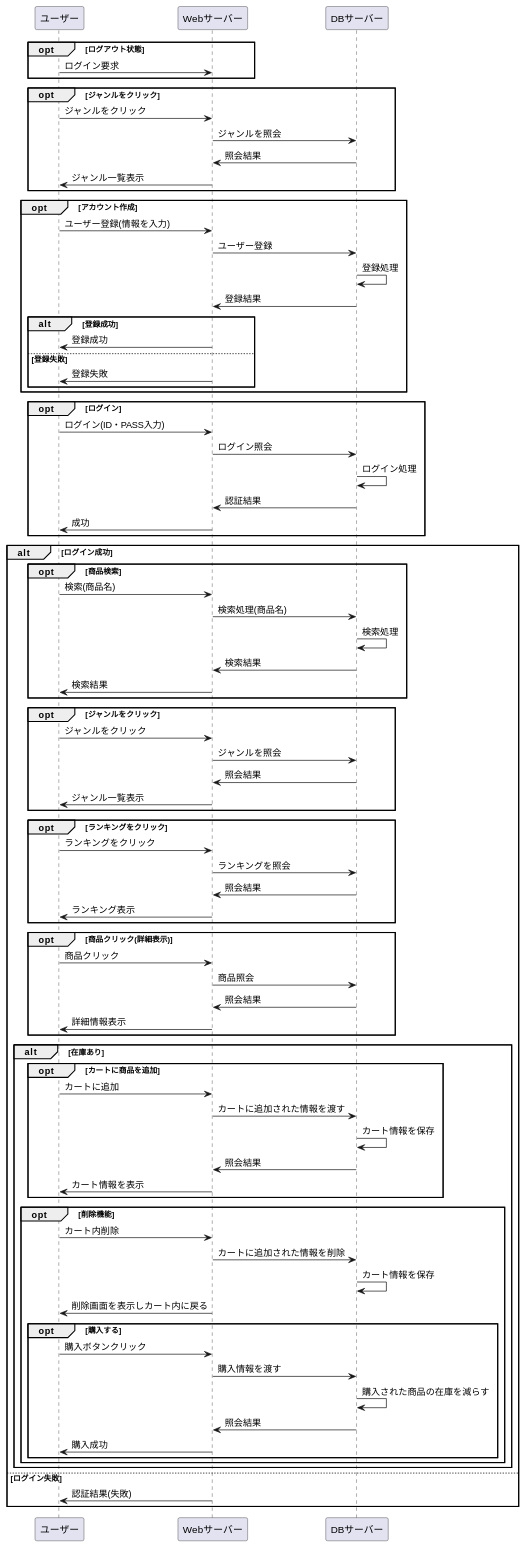
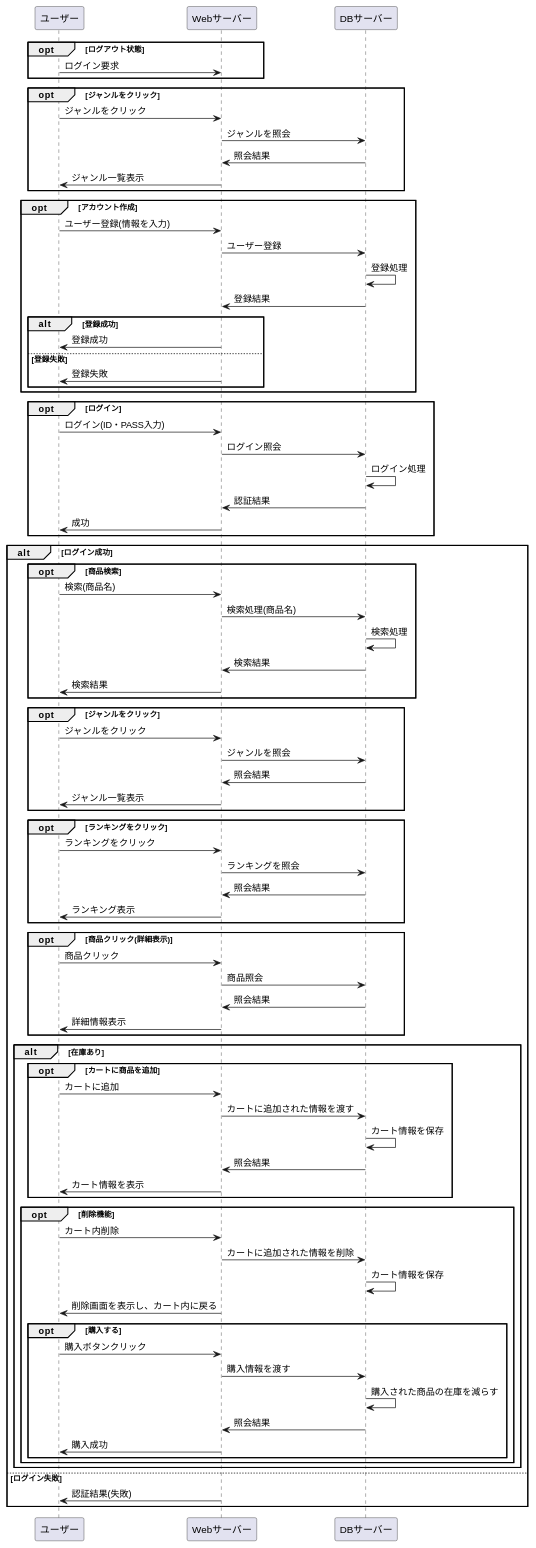
The diagram in stationary/業務フロー/kari1.md (Aso2001154/2021sys-design), drawn with PlantUML before and after one commit.

```diff
--- a/stationary/業務フロー/kari1.md
+++ b/stationary/業務フロー/kari1.md
@@ -79,7 +79,7 @@
 ユーザー -> Webサーバー : カート内削除
 Webサーバー -> DBサーバー : カートに追加された情報を削除
 DBサーバー -> DBサーバー : カート情報を保存
-Webサーバー -> ユーザー : 削除画面を表示しカート内に戻る
+Webサーバー -> ユーザー : 削除画面を表示し、カート内に戻る
 
 opt 購入する
 ユーザー -> Webサーバー : 購入ボタンクリック
```
